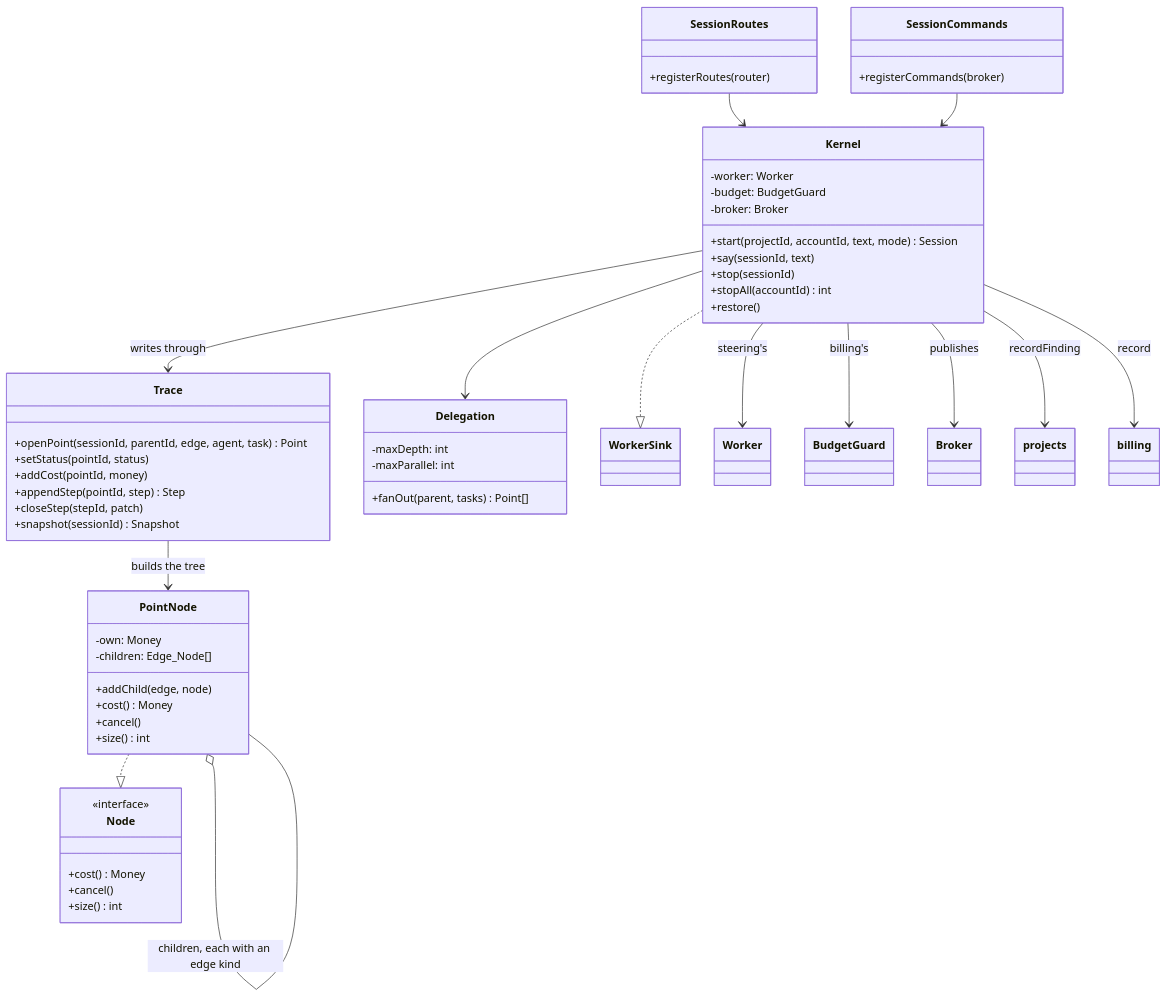
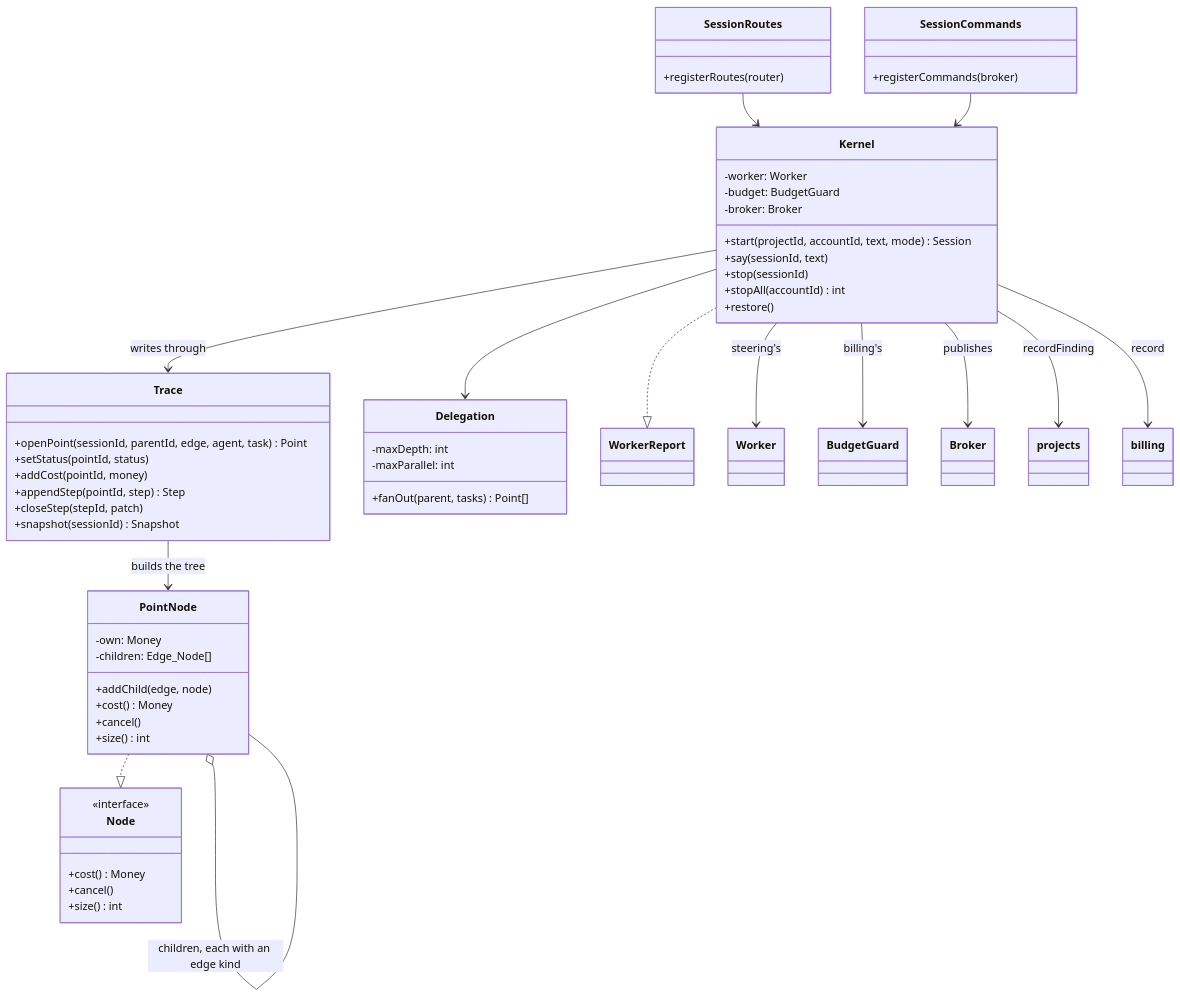
Before and after one commit to ziyangliu-666/lumen-next: the tenth of 16 diagrams in docs/ARCHITECTURE.md, drawn with Mermaid. The commit also changed other lines of this file and 17 other files, not shown here.

````diff
--- a/docs/ARCHITECTURE.md
+++ b/docs/ARCHITECTURE.md
@@ -518,59 +518,59 @@
 ```mermaid
 classDiagram
   class SessionRoutes {
     +registerRoutes(router)
   }
   class SessionCommands {
     +registerCommands(broker)
   }
   class Kernel {
     -worker: Worker
     -budget: BudgetGuard
     -broker: Broker
     +start(projectId, accountId, text, mode) Session
     +say(sessionId, text)
     +stop(sessionId)
     +stopAll(accountId) int
     +restore()
   }
   class Trace {
     +openPoint(sessionId, parentId, edge, agent, task) Point
     +setStatus(pointId, status)
     +addCost(pointId, money)
     +appendStep(pointId, step) Step
     +closeStep(stepId, patch)
     +snapshot(sessionId) Snapshot
   }
   class Delegation {
     -maxDepth: int
     -maxParallel: int
     +fanOut(parent, tasks) Point[]
   }
   class Node {
     <<interface>>
     +cost() Money
     +cancel()
     +size() int
   }
   class PointNode {
     -own: Money
     -children: Edge_Node[]
     +addChild(edge, node)
     +cost() Money
     +cancel()
     +size() int
   }
   SessionRoutes --> Kernel
   SessionCommands --> Kernel
   Kernel --> Trace : writes through
   Kernel --> Delegation
-  Kernel ..|> WorkerSink
+  Kernel ..|> WorkerReport
   Kernel --> Worker : steering's
   Kernel --> BudgetGuard : billing's
   Kernel --> Broker : publishes
   Kernel --> projects : recordFinding
   Kernel --> billing : record
   PointNode ..|> Node
   PointNode o-- PointNode : children, each with an edge kind
   Trace --> PointNode : builds the tree
 ```
````
